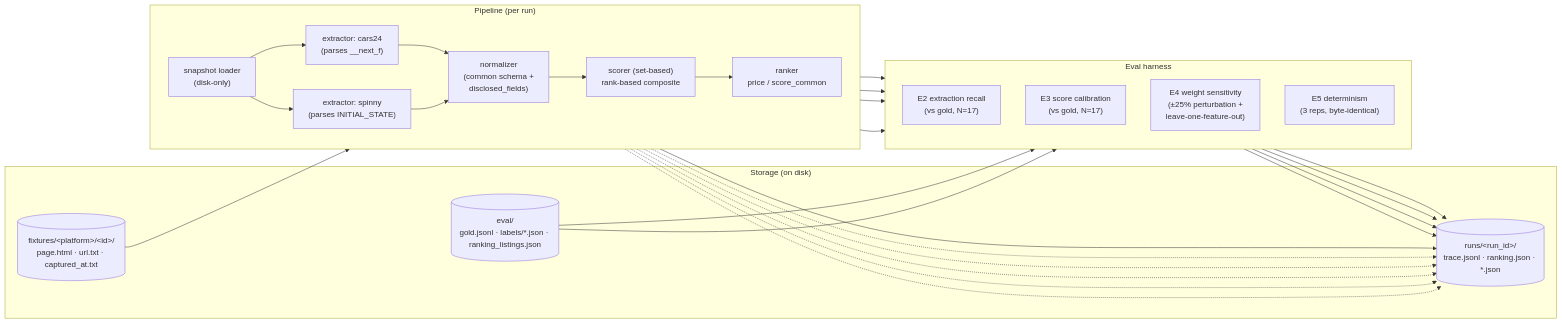
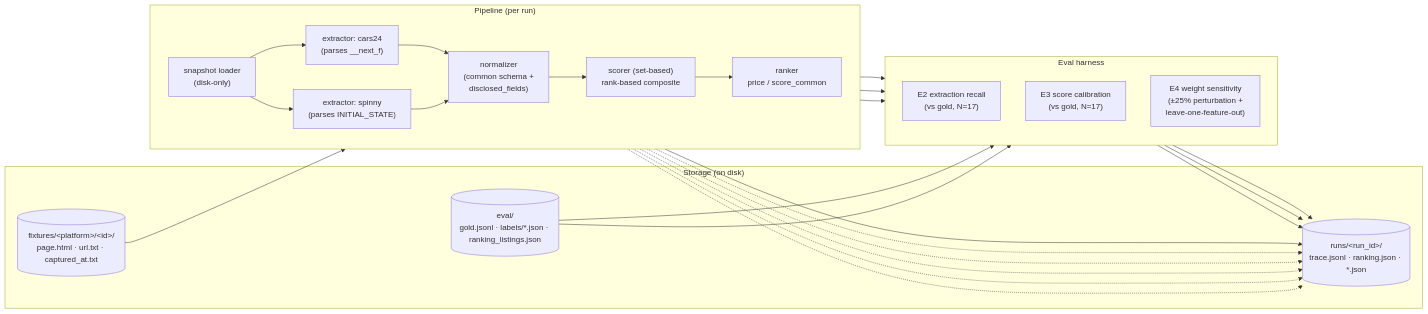
One commit to HimanshuMittal01/cars24-spinny-intel changed the diagram in docs/technical_appendix.md. Above: the diagram before and after it, drawn with Mermaid. The commit also changed other lines of this file and 4 other files, not shown here.

````diff
--- a/docs/technical_appendix.md
+++ b/docs/technical_appendix.md
@@ -13,52 +13,49 @@
 ```mermaid
 flowchart LR
     subgraph Storage["Storage (on disk)"]
         FIX[("fixtures/&lt;platform&gt;/&lt;id&gt;/<br/>page.html · url.txt · captured_at.txt")]
         TRACE[("runs/&lt;run_id&gt;/<br/>trace.jsonl · ranking.json · *.json")]
         GOLD[("eval/<br/>gold.jsonl · labels/*.json · ranking_listings.json")]
     end
 
     subgraph Pipeline["Pipeline (per run)"]
         direction LR
         SL["snapshot loader<br/>(disk-only)"]
         EC["extractor: cars24<br/>(parses __next_f)"]
         ES["extractor: spinny<br/>(parses INITIAL_STATE)"]
         NORM["normalizer<br/>(common schema +<br/>disclosed_fields)"]
         SCORE["scorer (set-based)<br/>rank-based composite"]
         RANK["ranker<br/>price / score_common"]
     end
 
     subgraph Eval["Eval harness"]
         direction TB
         E2["E2 extraction recall<br/>(vs gold, N=17)"]
         E3["E3 score calibration<br/>(vs gold, N=17)"]
         E4["E4 weight sensitivity<br/>(±25% perturbation +<br/>leave-one-feature-out)"]
-        E5["E5 determinism<br/>(3 reps, byte-identical)"]
     end
 
     FIX --> SL
     SL --> EC
     SL --> ES
     EC --> NORM
     ES --> NORM
     NORM --> SCORE
     SCORE --> RANK
     RANK --> TRACE
 
     SL -.-> TRACE
     EC -.-> TRACE
     ES -.-> TRACE
     NORM -.-> TRACE
     SCORE -.-> TRACE
 
     GOLD --> E2
     GOLD --> E3
     NORM --> E2
     SCORE --> E3
     NORM --> E4
-    SL --> E5
     E2 --> TRACE
     E3 --> TRACE
     E4 --> TRACE
-    E5 --> TRACE
 ```
````
